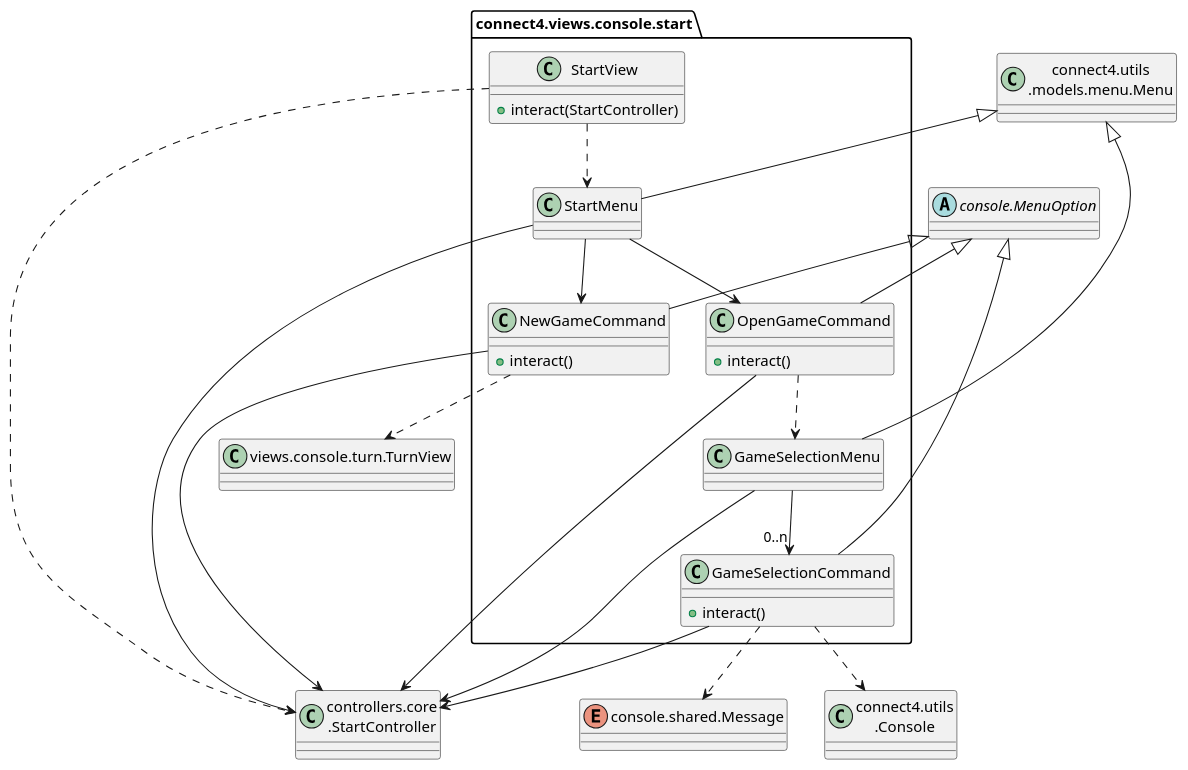
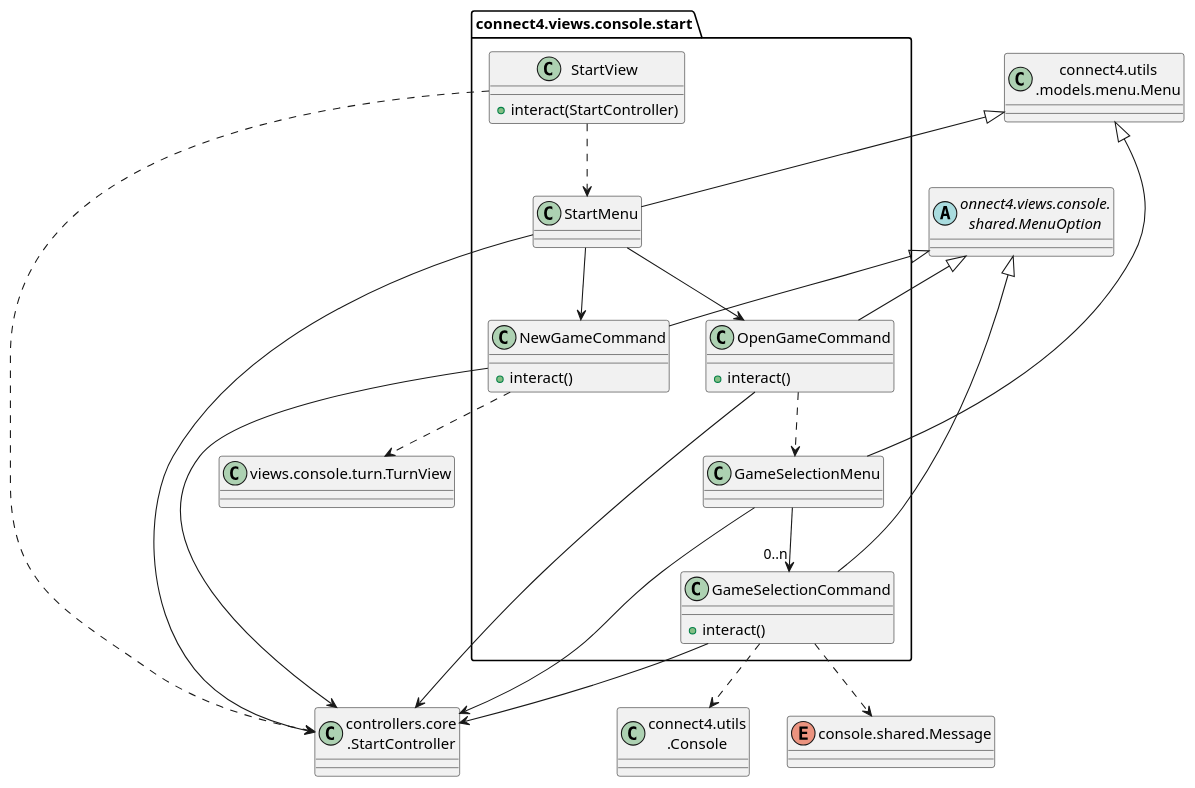
Before and after one commit to js-rom/connect4: the diagram in connect4/Docs/diagrams/src/packages/connect4.connect4.views.console.start.plantuml, drawn with PlantUML. The commit also changed 16 other files, not shown here.

```diff
--- a/connect4/Docs/diagrams/src/packages/connect4.connect4.views.console.start.plantuml
+++ b/connect4/Docs/diagrams/src/packages/connect4.connect4.views.console.start.plantuml
@@ -1,67 +1,58 @@
 @startuml connect4.connect4.console.start
+
+abstract class MenuOption as  "onnect4.views.console.\nshared.MenuOption"
+class Menu as "connect4.utils\n.models.menu.Menu"
+class Console as "connect4.utils\n.Console"
+enum Message as "console.shared.Message"
+class StartController as "controllers.core\n.StartController"
 
 package start as "connect4.views.console.start"{
     
 }
 
 class start.StartView{
     +interact(StartController)
 }
 
 class TurnView as  "views.console.turn.TurnView" {
-}
-
-enum Message as "console.shared.Message"
-class StartController as "controllers.core\n.StartController"
-
-abstract class MenuOption as  "console.MenuOption"{
 }
 
 class start.StartMenu {
 }
 
 class start.NewGameCommand {
     +interact()
 }
 
 class start.OpenGameCommand {
     +interact()
 }
 
 class start.GameSelectionMenu {
 }
 
 class start.GameSelectionCommand {
     +interact()
 }
 
-class Menu as "connect4.utils\n.models.menu.Menu"
-class Console as "connect4.utils\n.Console"
-
 Menu <|-- StartMenu
 StartMenu --> NewGameCommand
 StartMenu --> OpenGameCommand
 StartMenu --> StartController
 NewGameCommand ..> TurnView
 MenuOption <|-- NewGameCommand
 MenuOption <|-- OpenGameCommand
 OpenGameCommand --> StartController
 NewGameCommand --> StartController
 MenuOption <|-- GameSelectionCommand
 OpenGameCommand ..> GameSelectionMenu
 GameSelectionMenu --> "0..n" GameSelectionCommand
 GameSelectionMenu --> StartController
 Menu <|-- GameSelectionMenu
 GameSelectionCommand --> StartController
 GameSelectionCommand ..> Console
 GameSelectionCommand ..> Message
-
-
 StartView ..> StartController
 StartView ..> StartMenu
 
-
-
-
-
 @enduml
```
